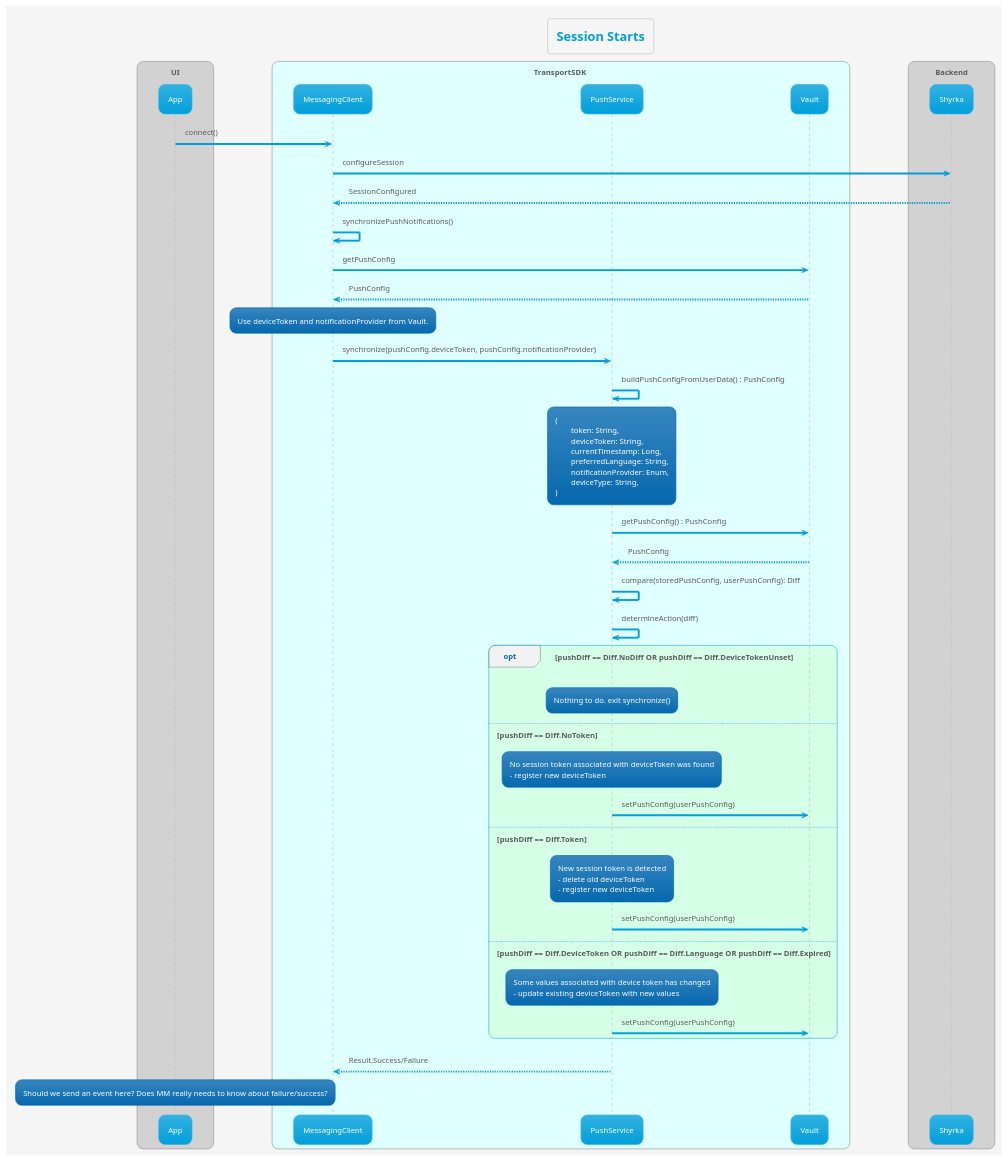
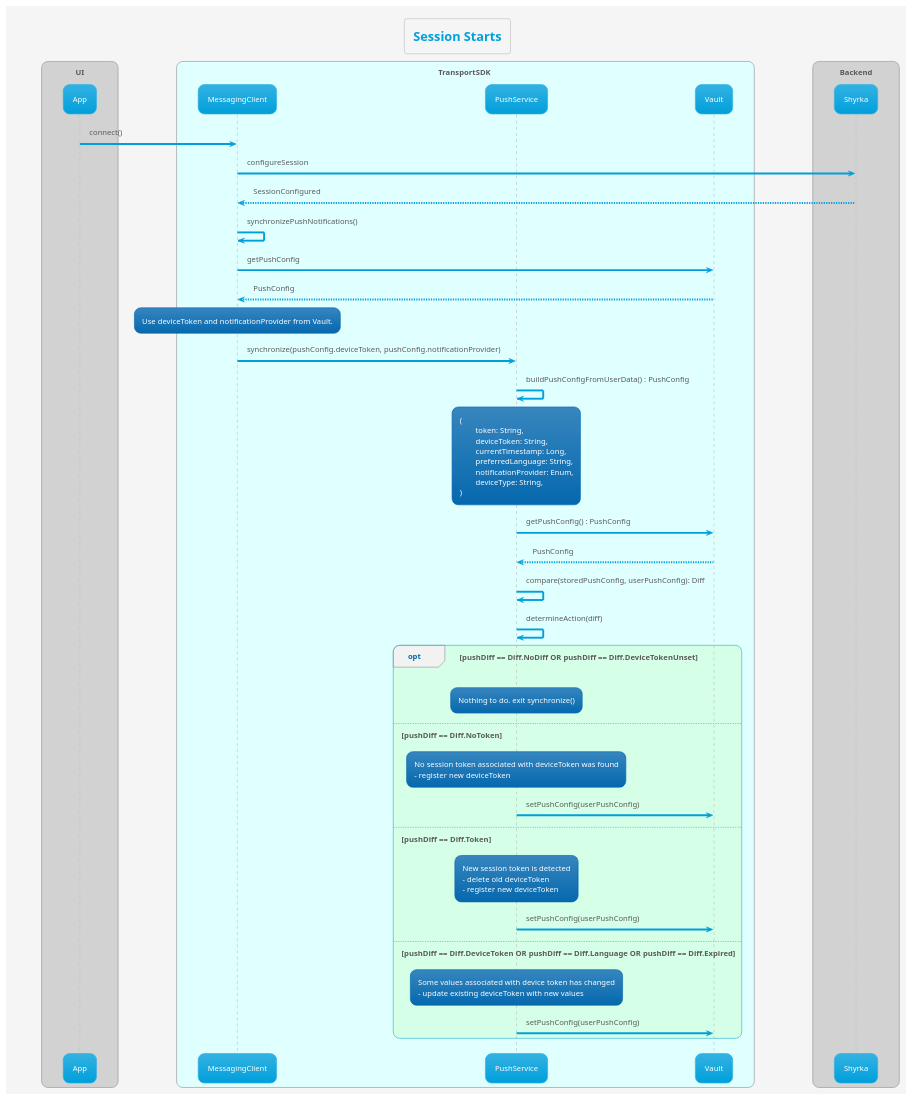
Before and after one commit to MyPureCloud/genesys-messenger-transport-mobile-sdk: the diagram in transport/uml/push/sesion_starts_push_flow.puml, drawn with PlantUML. The commit also changed 11 other files, not shown here.

First line of the commit message:
MTSDK-629 Update uml diagrams (#342)

```diff
--- a/transport/uml/push/sesion_starts_push_flow.puml
+++ b/transport/uml/push/sesion_starts_push_flow.puml
@@ -1,77 +1,73 @@
 @startuml
 'https://plantuml.com/sequence-diagram
 
 !theme bluegray
 !pragma teoz true
 
 
 skinparam backgroundColor #whitesmoke
 title Session Starts
 
 box UI
 participant App
 end box
 box TransportSDK #lightcyan
 participant MessagingClient
 participant PushService
 participant Vault
 end box
 box Backend
 participant Shyrka
 end box
 
 	App -> MessagingClient : connect()
     MessagingClient -> Shyrka: configureSession
     Shyrka --> MessagingClient: SessionConfigured
     MessagingClient -> MessagingClient : synchronizePushNotifications()
     MessagingClient -> Vault : getPushConfig
     Vault --> MessagingClient : PushConfig
         	rnote over MessagingClient
             Use deviceToken and notificationProvider from Vault.
             end rnote
     MessagingClient -> PushService : synchronize(pushConfig.deviceToken, pushConfig.notificationProvider)
 	PushService -> PushService : buildPushConfigFromUserData() : PushConfig
 		rnote over PushService
     	(
     		token: String,
     		deviceToken: String,
     		currentTimestamp: Long,
     		preferredLanguage: String,
     		notificationProvider: Enum,
     		deviceType: String,
     	)
     	end rnote
 	PushService -> Vault : getPushConfig() : PushConfig
 	Vault --> PushService : PushConfig
     PushService -> PushService : compare(storedPushConfig, userPushConfig): Diff
 	PushService -> PushService : determineAction(diff)
 
     opt #aaff8833 pushDiff == Diff.NoDiff OR pushDiff == Diff.DeviceTokenUnset
          rnote over PushService
          Nothing to do. exit synchronize()
          end rnote
 	else pushDiff == Diff.NoToken
 	    rnote over PushService
         No session token associated with deviceToken was found
         - register new deviceToken
         end rnote
         PushService -> Vault : setPushConfig(userPushConfig)
     else pushDiff == Diff.Token
         rnote over PushService
         New session token is detected
         - delete old deviceToken
         - register new deviceToken
         end rnote
         PushService -> Vault : setPushConfig(userPushConfig)
     else pushDiff == Diff.DeviceToken OR pushDiff == Diff.Language OR pushDiff == Diff.Expired
         rnote over PushService
         Some values associated with device token has changed
         - update existing deviceToken with new values
         end rnote
         PushService -> Vault : setPushConfig(userPushConfig)
     end
-    PushService --> MessagingClient : Result.Success/Failure
-    rnote over App
-    Should we send an event here? Does MM really needs to know about failure/success?
-    end rnote
 @enduml
```
